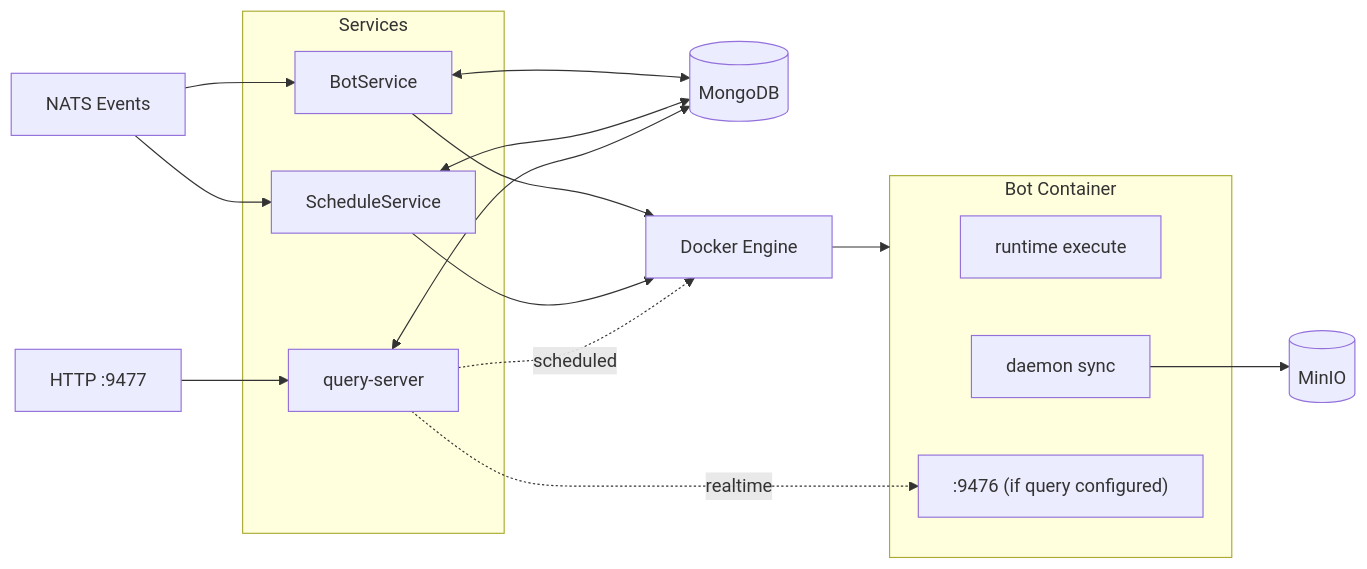
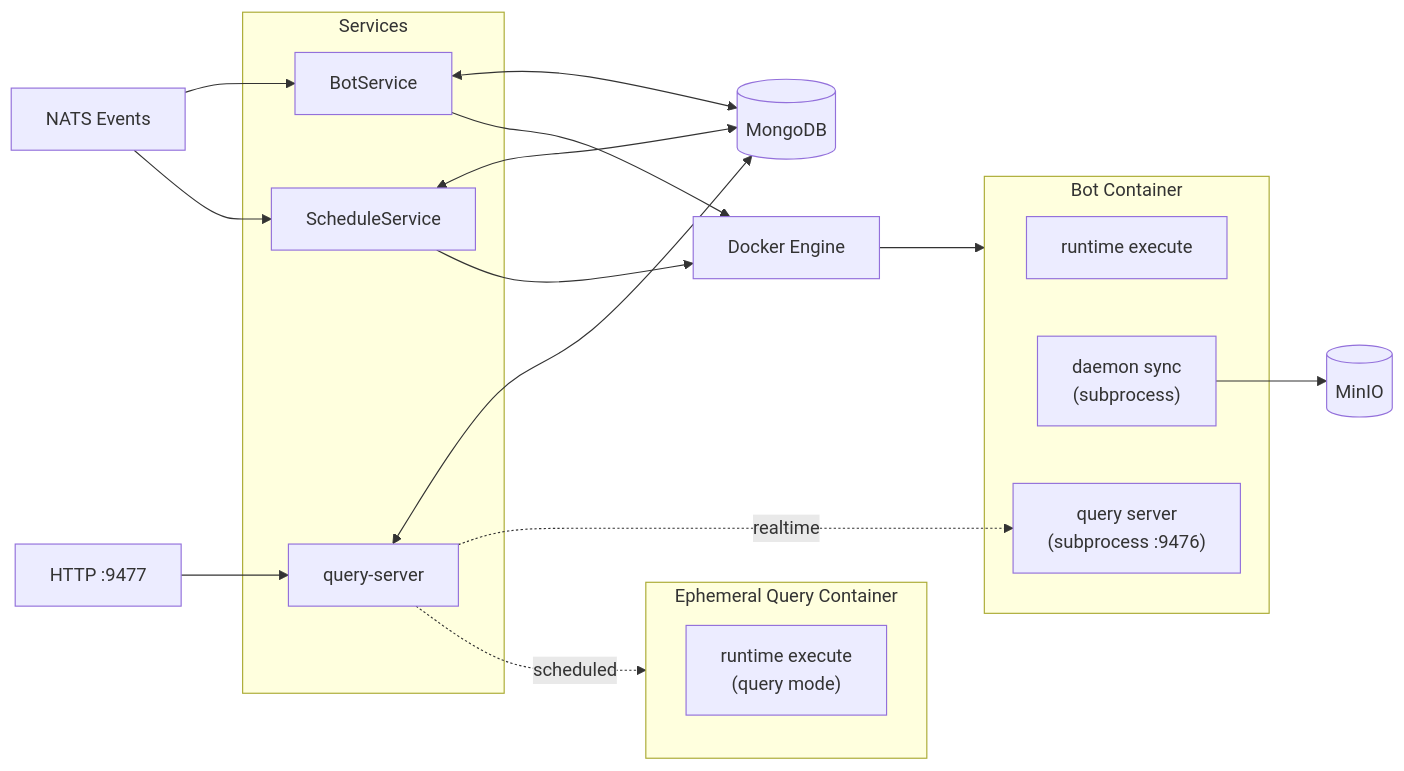
One commit to alexanderwanyoike/the0 changed the first of 2 diagrams in docs/runtime/docker-mode.md. Above: the diagram before and after it, drawn with Mermaid. The commit also changed 3 other files, not shown here.

First line of the commit message:
docs: Show query subprocess and ephemeral containers in diagrams

````diff
--- a/docs/runtime/docker-mode.md
+++ b/docs/runtime/docker-mode.md
@@ -14,26 +14,30 @@
 ```mermaid
 flowchart LR
     NATS["NATS Events"] --> BotSvc & SchedSvc
     HTTP["HTTP :9477"] --> QS
 
     subgraph Services
         BotSvc["BotService"]
         SchedSvc["ScheduleService"]
         QS["query-server"]
     end
 
     BotSvc & SchedSvc <--> MongoDB[(MongoDB)]
     QS <--> MongoDB
     BotSvc & SchedSvc --> Docker["Docker Engine"]
 
     subgraph Container["Bot Container"]
         Execute["runtime execute"]
-        Sync["daemon sync"]
-        QueryPort[":9476 (if query configured)"]
+        Sync["daemon sync<br/>(subprocess)"]
+        QuerySvc["query server<br/>(subprocess :9476)"]
+    end
+
+    subgraph Ephemeral["Ephemeral Query Container"]
+        EphBot["runtime execute<br/>(query mode)"]
     end
 
     Docker --> Container
     Sync --> MinIO[(MinIO)]
-    QS -.->|realtime| QueryPort
-    QS -.->|scheduled| Docker
+    QS -.->|realtime| QuerySvc
+    QS -.->|scheduled| Ephemeral
 ```
````
